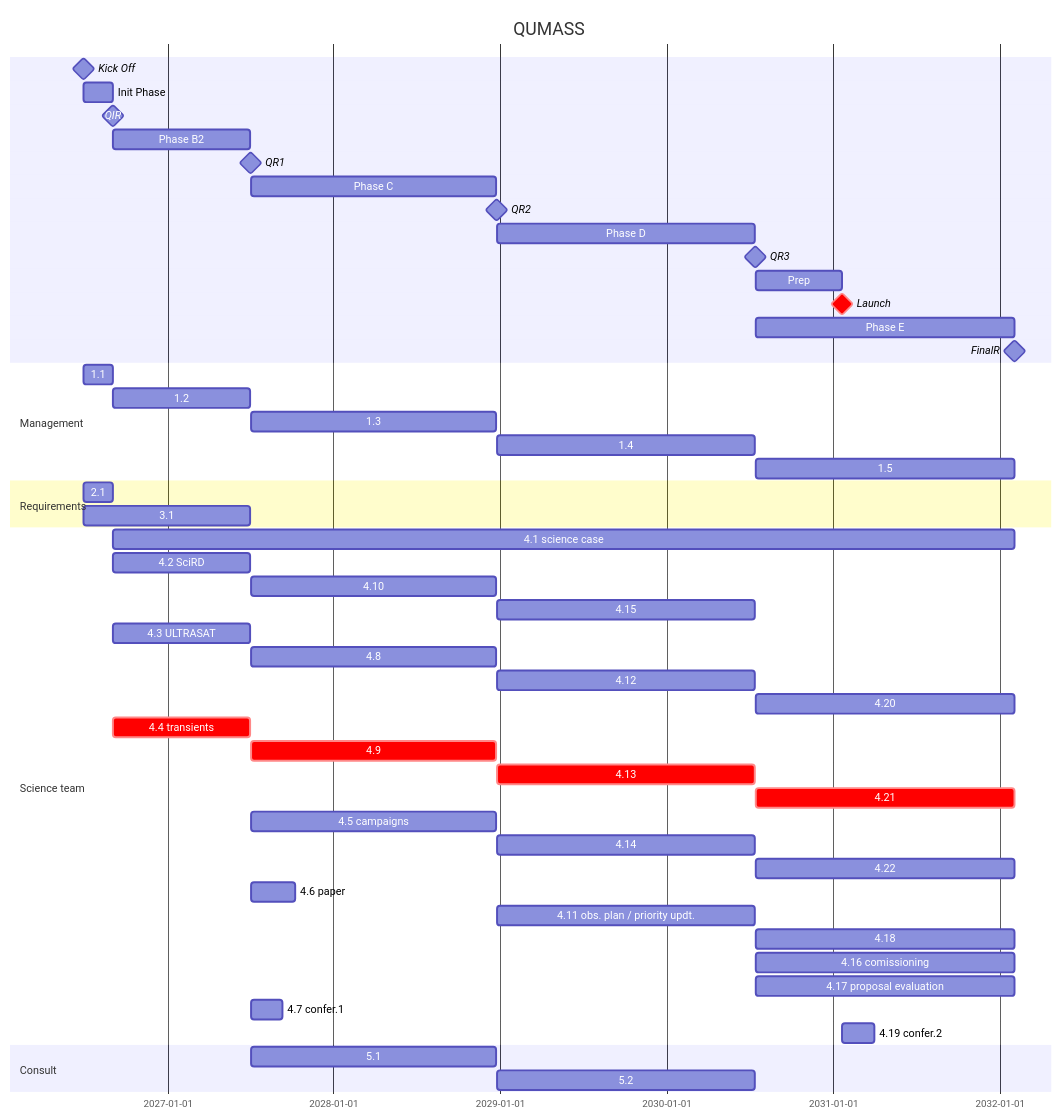
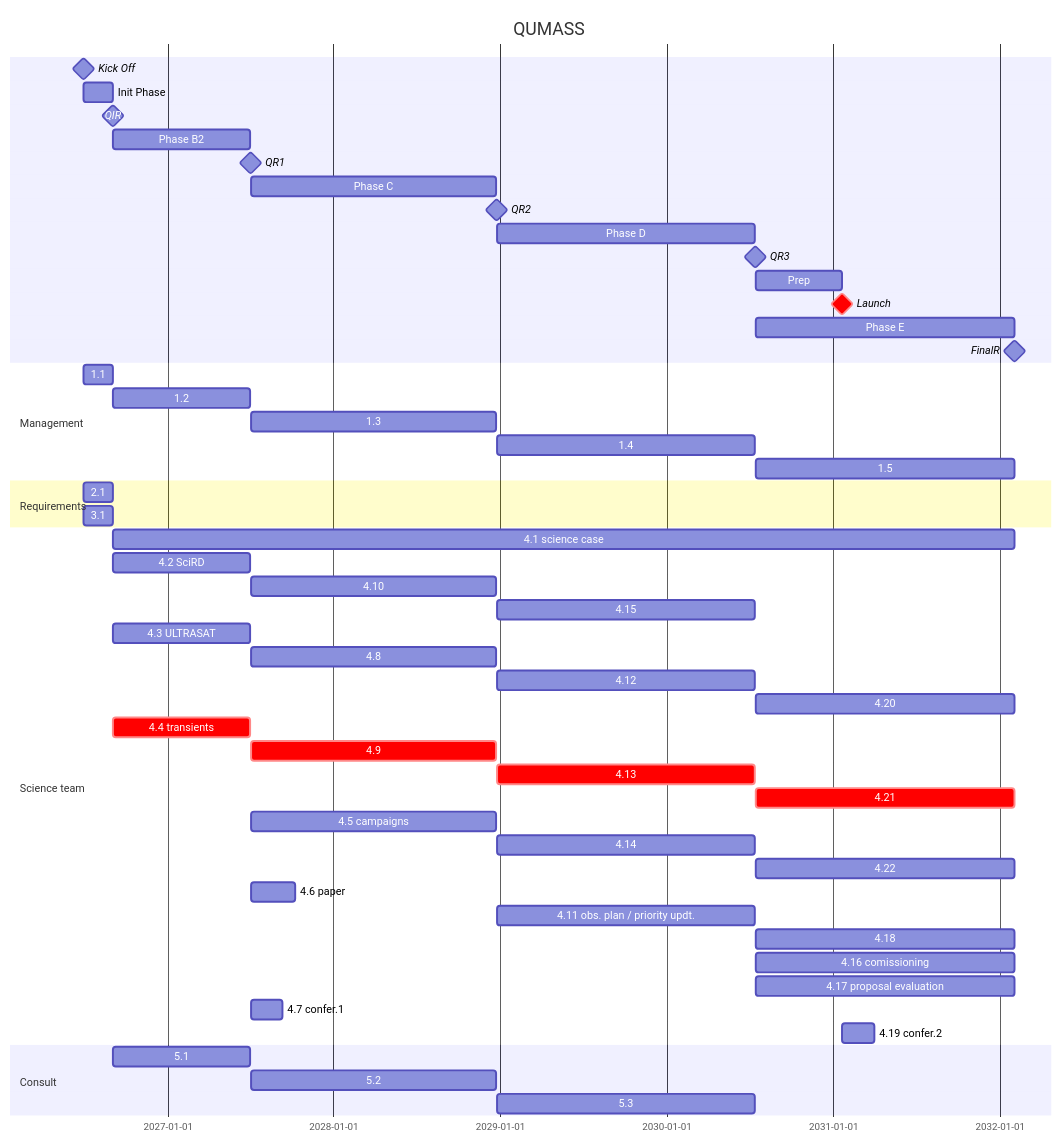
One commit to limu007/quvik changed the diagram in calib/Science.md. Above: the diagram before and after it, drawn with Mermaid.

Commit message:
Update section requirements and consult timelines

````diff
--- a/calib/Science.md
+++ b/calib/Science.md
@@ -1,55 +1,56 @@
 ```mermaid
 gantt
     title QUMASS
     dateFormat  YYYY-MM-DD
     Kick Off : milestone, ko, 2026-07-01, 1d
     Init Phase : b1, after ko, 9w
     QIR : milestone, ir, after b1, 1d
     Phase B2 : b2, after ir, 43w
     QR1 : milestone, pdr, after b2, 1d
     Phase C : c1, after pdr, 77w
     QR2 : milestone, cdr, after c1, 1d
     Phase D : d1, after cdr, 81w
     QR3 : milestone, far, after d1, 1d
     Prep : prep, after far, 27w
     Launch : crit, milestone, frr, after prep, 1d
     Phase E : e1, after far, 81w
     FinalR : milestone, fr, after e1, 1d
 
     section Management
     1.1 : after ko, until ir
     1.2 : after ir, until pdr
     1.3 : after pdr, until cdr
     1.4 : after cdr, until far
     1.5 : after far, until fr
     section Requirements
     2.1 : after ko, until ir
-    3.1 : after ko, until pdr
+    3.1 : after ko, until ir
     section Science team
     4.1 science case : after ir, until fr
     4.2 SciRD : after ir, until pdr
     4.10 : after pdr, until cdr
     4.15 : after cdr, until far
     4.3 ULTRASAT : after ir, until pdr
     4.8 : after pdr, until cdr
     4.12 : after cdr, until far
     4.20 : after far, until fr
     4.4 transients : crit, after ir, until pdr
     4.9 : crit, after pdr, until cdr
     4.13 : crit, after cdr, until far
     4.21 : crit, after far, until fr
     4.5 campaigns : after pdr, until cdr
     4.14 : after cdr, until far
     4.22 : after far, until fr
     4.6 paper : after pdr, 14w
     4.11 obs. plan / priority updt. : after cdr, until far
     4.18 : after far, until fr
     4.16 comissioning : after far, until fr
     4.17 proposal evaluation : after far, until fr
     4.7 confer.1 : after pdr, 10w
     4.19 confer.2 : after frr, 10w
     section Consult
-    5.1 : after pdr, until cdr
-    5.2 : after cdr, until far
+    5.1 : after ir, until pdr
+    5.2 : after pdr, until cdr
+    5.3 : after cdr, until far
     
 ```
````
